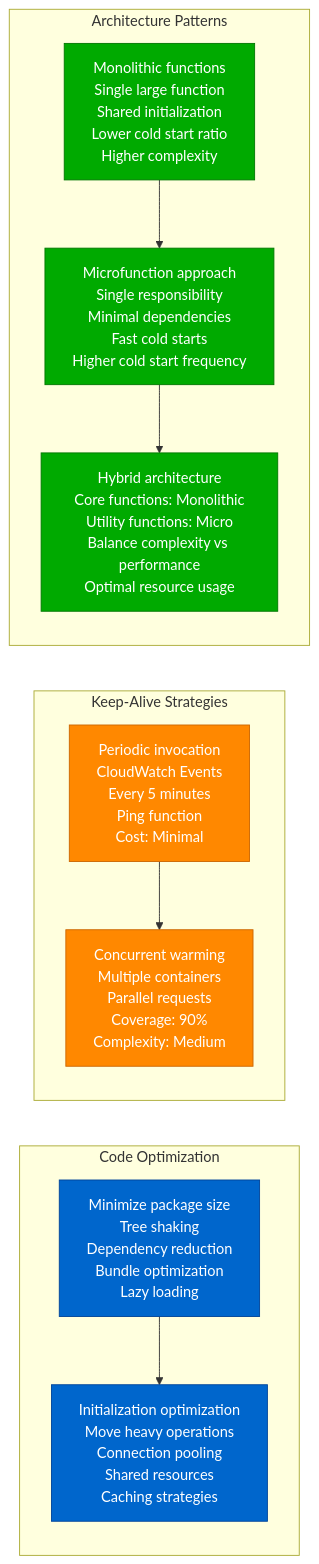
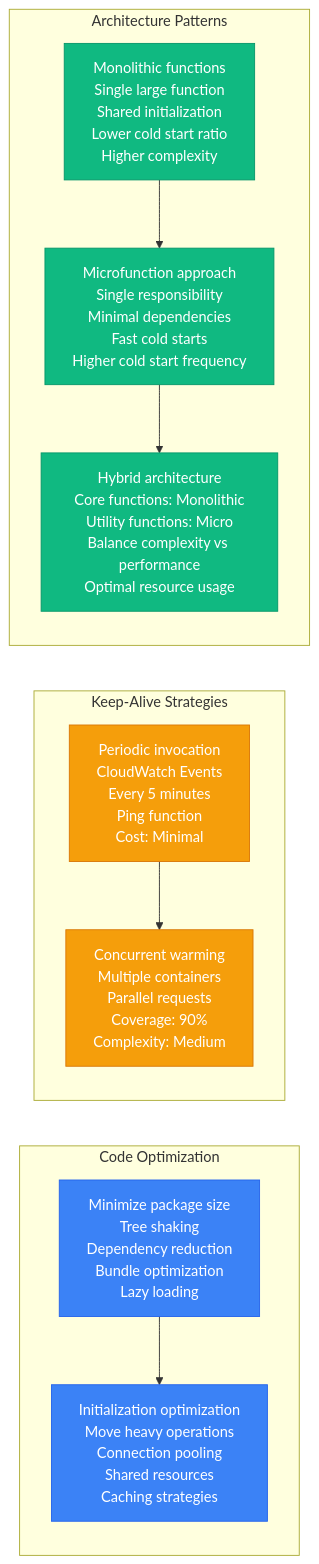
One commit to deepaucksharma/DS changed the second of 11 diagrams in site/docs/performance/serverless-performance-profile.md. Above: the diagram before and after it, drawn with Mermaid. The commit also changed other lines of this file and 303 other files, not shown here.

````diff
--- a/site/docs/performance/serverless-performance-profile.md
+++ b/site/docs/performance/serverless-performance-profile.md
@@ -54,36 +54,36 @@
 ```mermaid
 graph LR
     subgraph "Code Optimization"
         CODE1[Minimize package size<br/>Tree shaking<br/>Dependency reduction<br/>Bundle optimization<br/>Lazy loading]
 
         CODE2[Initialization optimization<br/>Move heavy operations<br/>Connection pooling<br/>Shared resources<br/>Caching strategies]
 
         CODE1 --> CODE2
     end
 
     subgraph "Keep-Alive Strategies"
         KEEPALIVE1[Periodic invocation<br/>CloudWatch Events<br/>Every 5 minutes<br/>Ping function<br/>Cost: Minimal]
 
         KEEPALIVE2[Concurrent warming<br/>Multiple containers<br/>Parallel requests<br/>Coverage: 90%<br/>Complexity: Medium]
 
         KEEPALIVE1 --> KEEPALIVE2
     end
 
     subgraph "Architecture Patterns"
         ARCH1[Monolithic functions<br/>Single large function<br/>Shared initialization<br/>Lower cold start ratio<br/>Higher complexity]
 
         ARCH2[Microfunction approach<br/>Single responsibility<br/>Minimal dependencies<br/>Fast cold starts<br/>Higher cold start frequency]
 
         ARCH3[Hybrid architecture<br/>Core functions: Monolithic<br/>Utility functions: Micro<br/>Balance complexity vs performance<br/>Optimal resource usage]
 
         ARCH1 --> ARCH2 --> ARCH3
     end
 
-    classDef codeStyle fill:#0066CC,stroke:#004499,color:#fff
-    classDef keepAliveStyle fill:#FF8800,stroke:#CC6600,color:#fff
-    classDef archStyle fill:#00AA00,stroke:#007700,color:#fff
+    classDef codeStyle fill:#3B82F6,stroke:#2563EB,color:#fff
+    classDef keepAliveStyle fill:#F59E0B,stroke:#D97706,color:#fff
+    classDef archStyle fill:#10B981,stroke:#059669,color:#fff
 
     class CODE1,CODE2 codeStyle
     class KEEPALIVE1,KEEPALIVE2 keepAliveStyle
     class ARCH1,ARCH2,ARCH3 archStyle
 ```
````
